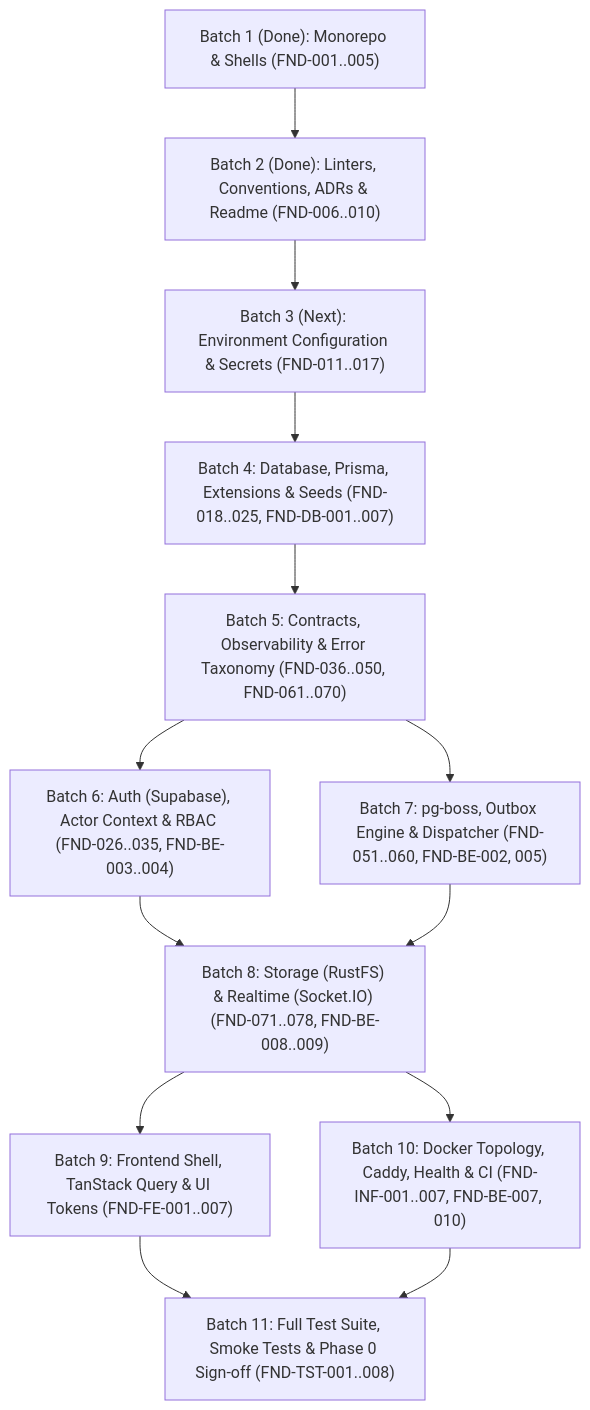
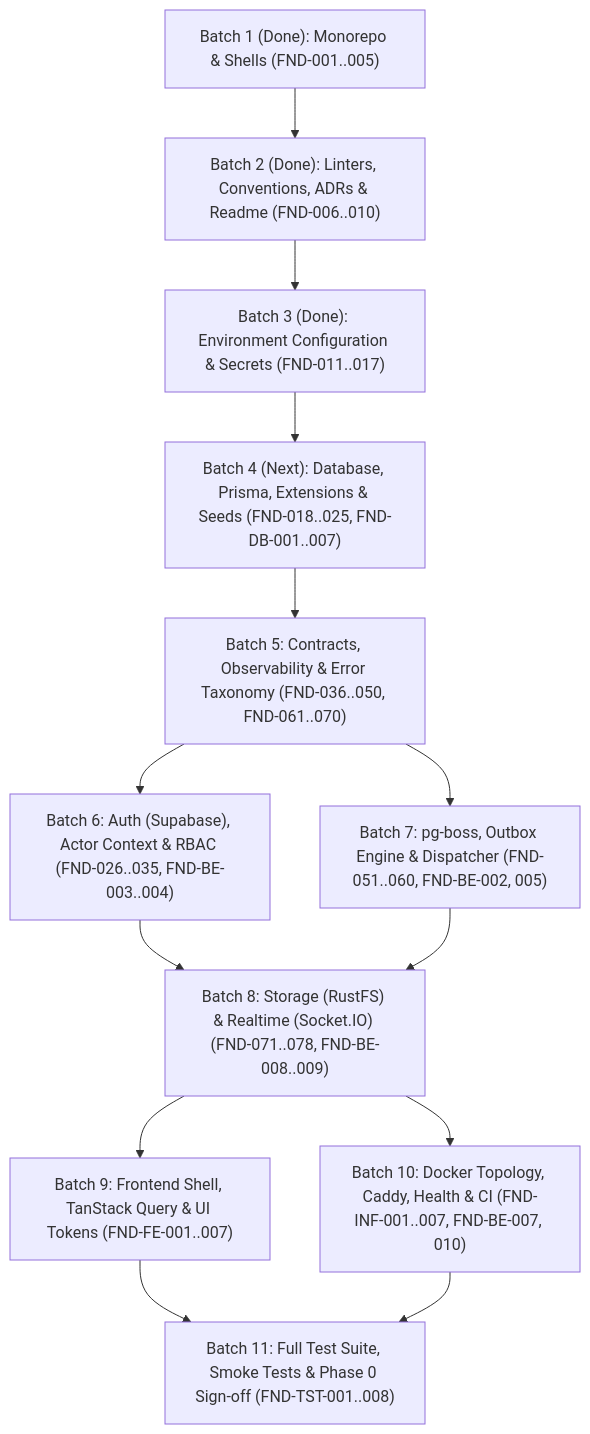
The diagram in issue.md (Alkanni/vynor-crm-system), drawn with Mermaid before and after one commit. The commit also changed other lines of this file and 23 other files, not shown here.

Commit message:
feat(fnd): implement Zod environment validation and credential contracts (#4)

````diff
--- a/issue.md
+++ b/issue.md
@@ -281,15 +295,15 @@
 ```mermaid
 flowchart TD
     B1["Batch 1 (Done): Monorepo & Shells (FND-001..005)"] --> B2["Batch 2 (Done): Linters, Conventions, ADRs & Readme (FND-006..010)"]
-    B2 --> B3["Batch 3 (Next): Environment Configuration & Secrets (FND-011..017)"]
-    B3 --> B4["Batch 4: Database, Prisma, Extensions & Seeds (FND-018..025, FND-DB-001..007)"]
+    B2 --> B3["Batch 3 (Done): Environment Configuration & Secrets (FND-011..017)"]
+    B3 --> B4["Batch 4 (Next): Database, Prisma, Extensions & Seeds (FND-018..025, FND-DB-001..007)"]
     B4 --> B5["Batch 5: Contracts, Observability & Error Taxonomy (FND-036..050, FND-061..070)"]
     B5 --> B6["Batch 6: Auth (Supabase), Actor Context & RBAC (FND-026..035, FND-BE-003..004)"]
     B5 --> B7["Batch 7: pg-boss, Outbox Engine & Dispatcher (FND-051..060, FND-BE-002, 005)"]
     B6 --> B8["Batch 8: Storage (RustFS) & Realtime (Socket.IO) (FND-071..078, FND-BE-008..009)"]
     B7 --> B8
     B8 --> B9["Batch 9: Frontend Shell, TanStack Query & UI Tokens (FND-FE-001..007)"]
     B8 --> B10["Batch 10: Docker Topology, Caddy, Health & CI (FND-INF-001..007, FND-BE-007, 010)"]
     B9 --> B11["Batch 11: Full Test Suite, Smoke Tests & Phase 0 Sign-off (FND-TST-001..008)"]
     B10 --> B11
 ```
````
